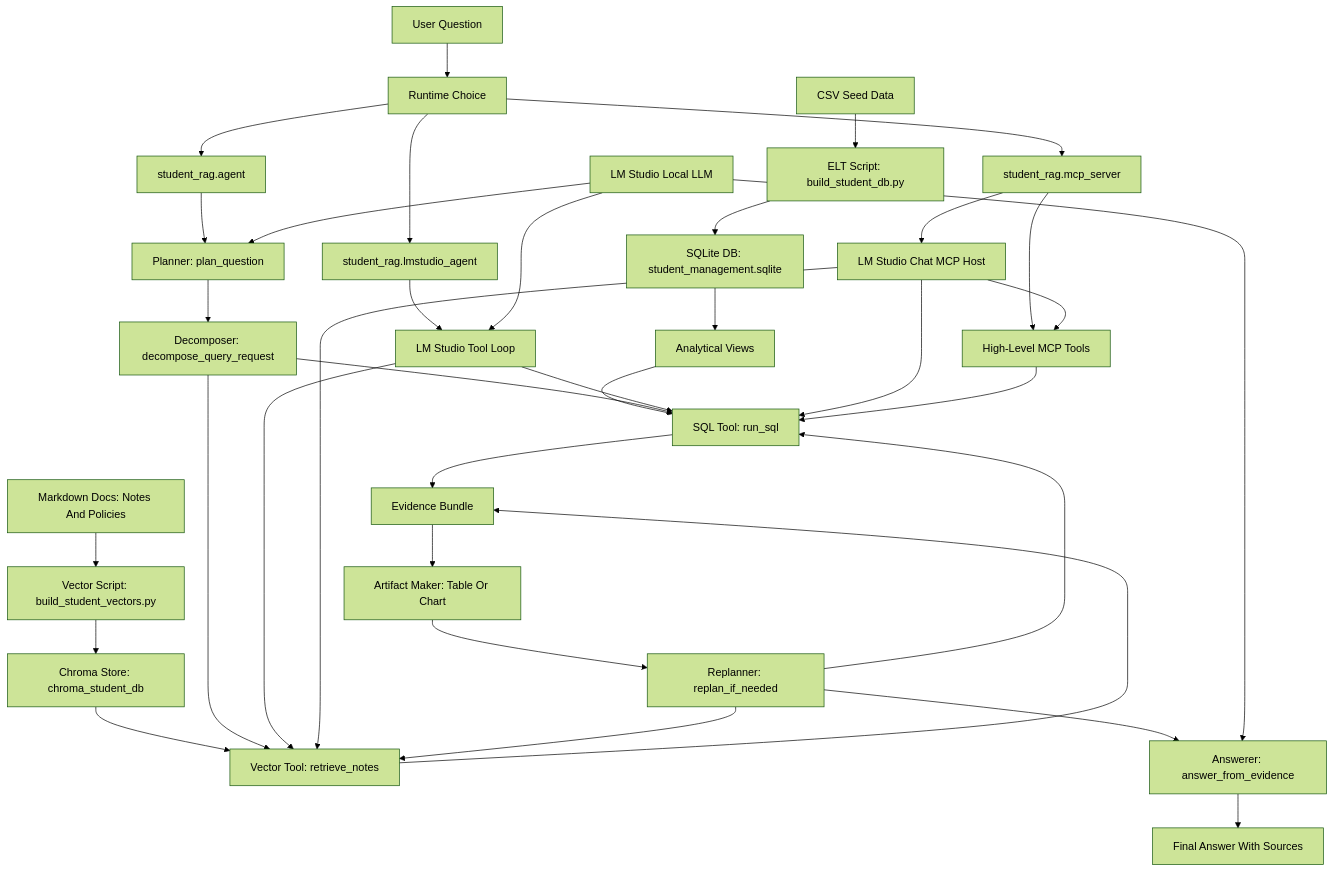
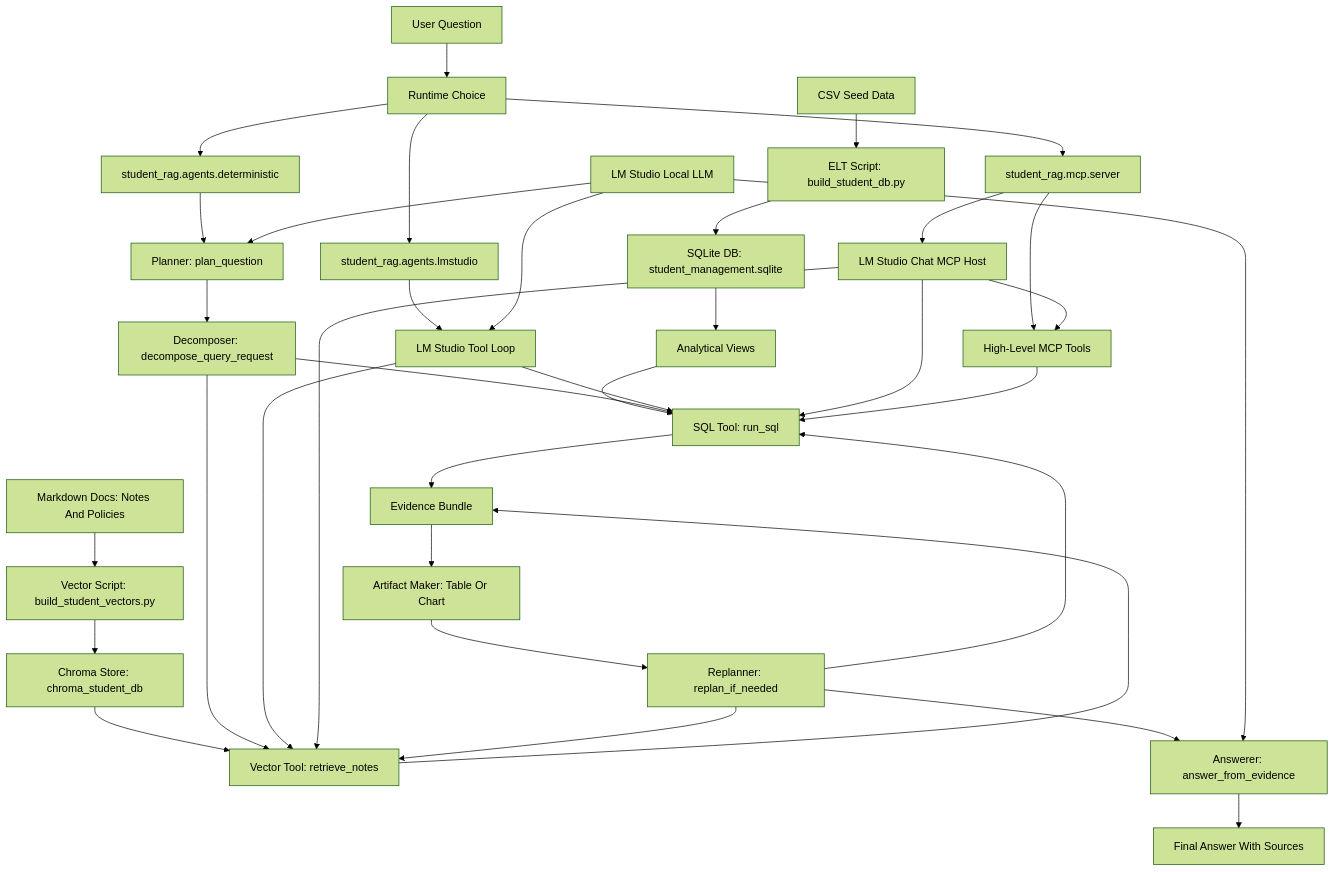
The first of 3 diagrams in docs/DESIGN.md (DuongPhanHoai/rag_assistant), drawn with Mermaid (forest theme) before and after one commit. The commit also changed other lines of this file and 20 other files, not shown here.

Commit message:
HTTP MCP Server

````diff
--- a/docs/DESIGN.md
+++ b/docs/DESIGN.md
@@ -34,43 +34,43 @@
 ```mermaid
 flowchart TD
     UserQuestion["User Question"] --> RuntimeChoice["Runtime Choice"]
-    RuntimeChoice --> DeterministicAgent["student_rag.agent"]
-    RuntimeChoice --> ToolAgent["student_rag.lmstudio_agent"]
-    RuntimeChoice --> McpServer["student_rag.mcp_server"]
+    RuntimeChoice --> DeterministicAgent["student_rag.agents.deterministic"]
+    RuntimeChoice --> ToolAgent["student_rag.agents.lmstudio"]
+    RuntimeChoice --> McpServer["student_rag.mcp.server"]
     DeterministicAgent --> Planner["Planner: plan_question"]
     Planner --> Decomposer["Decomposer: decompose_query_request"]
     ToolAgent --> LmToolLoop["LM Studio Tool Loop"]
     McpServer --> LmStudioChat["LM Studio Chat MCP Host"]
     McpServer --> HighLevelTools["High-Level MCP Tools"]
 
     CsvData["CSV Seed Data"] --> DbBuilder["ELT Script: build_student_db.py"]
     DbBuilder --> SQLiteDb["SQLite DB: student_management.sqlite"]
     SQLiteDb --> SqlViews["Analytical Views"]
     SqlViews --> SqlTool["SQL Tool: run_sql"]
 
     MarkdownDocs["Markdown Docs: Notes And Policies"] --> VectorBuilder["Vector Script: build_student_vectors.py"]
     VectorBuilder --> ChromaStore["Chroma Store: chroma_student_db"]
     ChromaStore --> VectorTool["Vector Tool: retrieve_notes"]
 
     Decomposer --> SqlTool
     Decomposer --> VectorTool
     LmToolLoop --> SqlTool
     LmToolLoop --> VectorTool
     LmStudioChat --> SqlTool
     LmStudioChat --> VectorTool
     LmStudioChat --> HighLevelTools
     HighLevelTools --> SqlTool
     SqlTool --> Evidence["Evidence Bundle"]
     VectorTool --> Evidence
 
     Evidence --> ArtifactMaker["Artifact Maker: Table Or Chart"]
     ArtifactMaker --> Replanner["Replanner: replan_if_needed"]
     Replanner --> SqlTool
     Replanner --> VectorTool
     Replanner --> Answerer["Answerer: answer_from_evidence"]
 
     LmStudio["LM Studio Local LLM"] --> Planner
     LmStudio --> LmToolLoop
     LmStudio --> Answerer
     Answerer --> FinalAnswer["Final Answer With Sources"]
 ```
````
